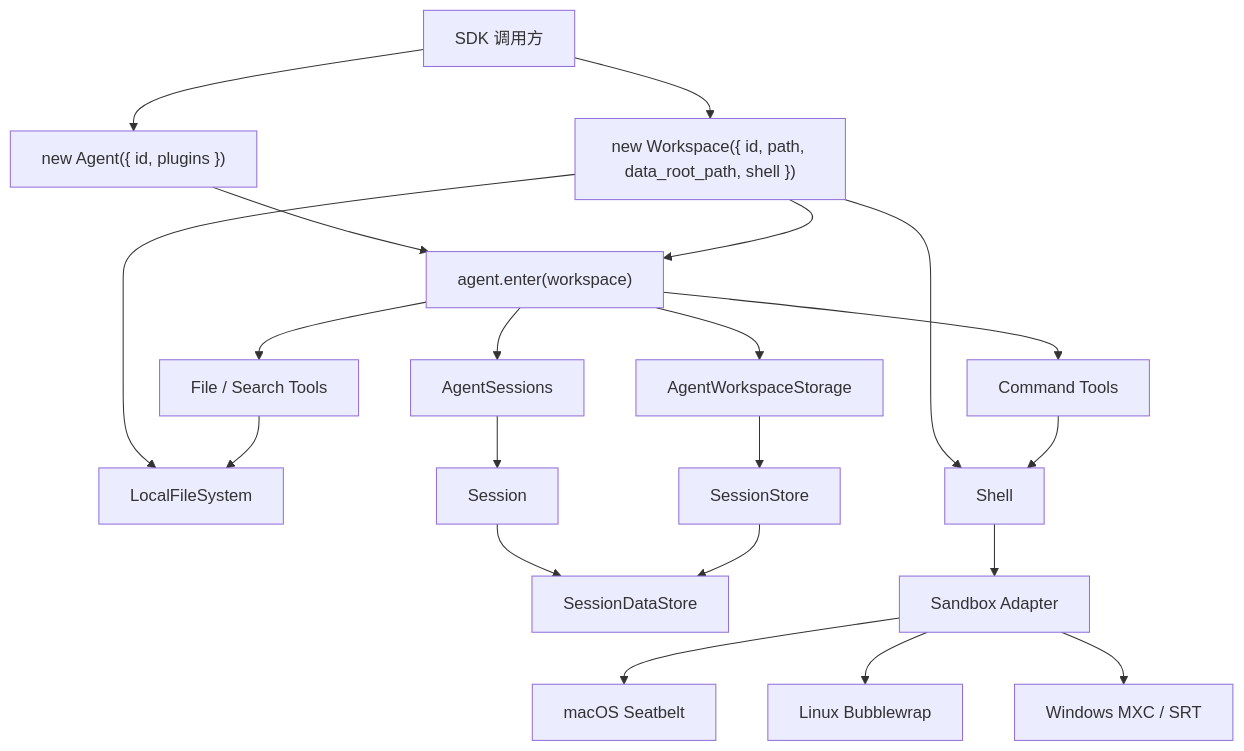
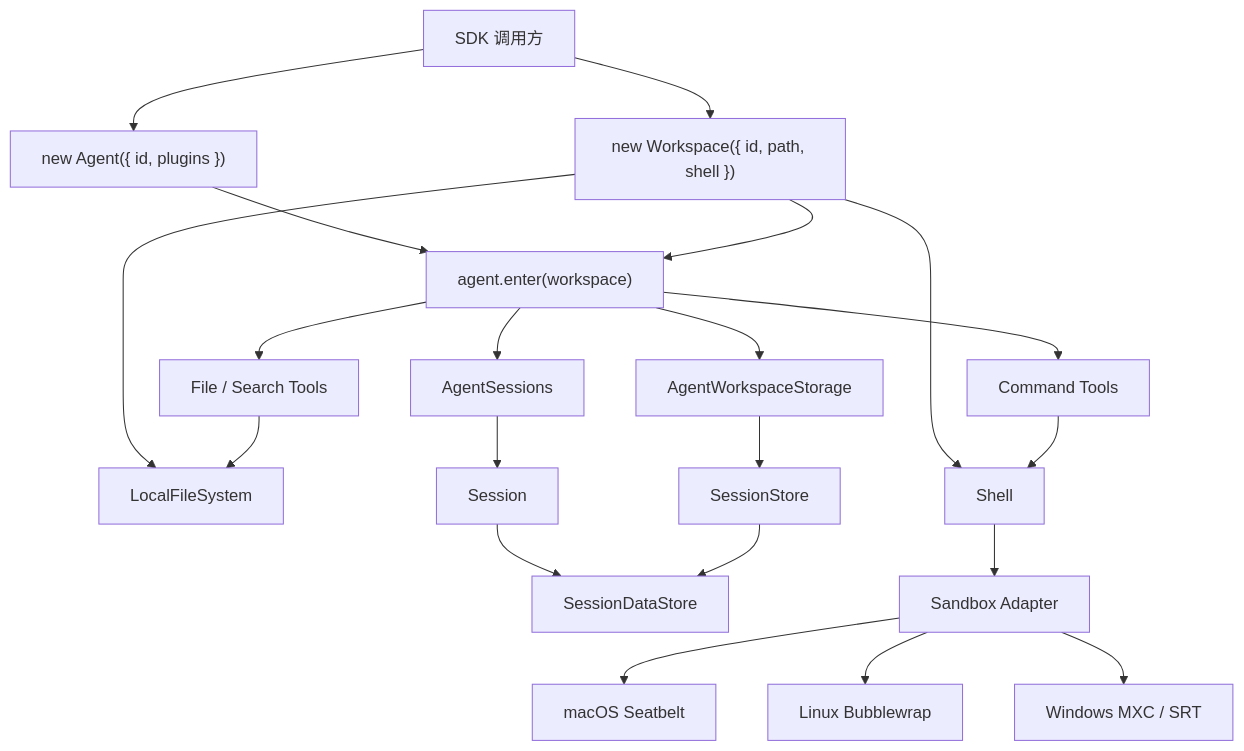
Before and after one commit to genesiscosmos/downcity: the first of 2 diagrams in docs/agent-runtime-architecture.md, drawn with Mermaid. The commit also changed other lines of this file and 18 other files, not shown here.

Commit message:
refactor(agent): internalize workspace data root

````diff
--- a/docs/agent-runtime-architecture.md
+++ b/docs/agent-runtime-architecture.md
@@ -243,27 +241,27 @@
 ```mermaid
 flowchart TD
-    App["SDK 调用方"] --> Workspace["new Workspace({ id, path, data_root_path, shell })"]
+    App["SDK 调用方"] --> Workspace["new Workspace({ id, path, shell })"]
     App --> Agent["new Agent({ id, plugins })"]
     Agent --> AgentWorkspace["agent.enter(workspace)"]
     Workspace --> AgentWorkspace
     Workspace --> Files["LocalFileSystem"]
     Workspace --> Shell["Shell"]
     AgentWorkspace --> Storage["AgentWorkspaceStorage"]
     Storage --> Store["SessionStore"]
     AgentWorkspace --> Sessions["AgentSessions"]
 
     Sessions --> Session["Session"]
     Session --> SessionDataStore["SessionDataStore"]
     Store --> SessionDataStore
 
     AgentWorkspace --> FileTools["File / Search Tools"]
     FileTools --> Files
 
     AgentWorkspace --> ShellTools["Command Tools"]
     ShellTools --> Shell
     Shell --> Sandbox["Sandbox Adapter"]
 
     Sandbox --> Mac["macOS Seatbelt"]
     Sandbox --> Linux["Linux Bubblewrap"]
     Sandbox --> Windows["Windows MXC / SRT"]
 ```
````
